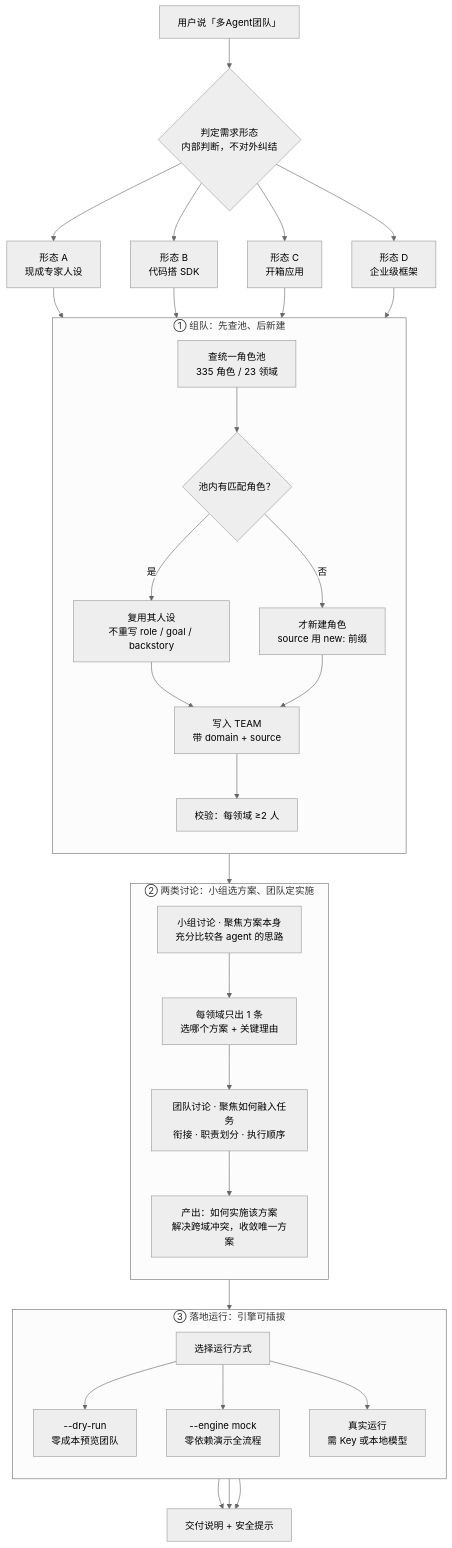
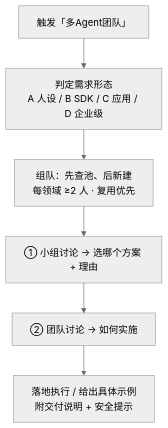
One commit to zhangruilin158/multi-agent-team changed the diagram in README.md. Above: the diagram before and after it, drawn with Mermaid (neutral theme). The commit also changed 1 other file, not shown here.

Commit message:
docs: 流程图精简为 6 步（README + 静态 SVG 同步）

````diff
--- a/README.md
+++ b/README.md
@@ -9,46 +9,8 @@
 ```mermaid
 flowchart TD
-  A["用户说「多Agent团队」"] --> B{"判定需求形态<br/>内部判断，不对外纠结"}
-
-  B --> F1["形态 A<br/>现成专家人设"]
-  B --> F2["形态 B<br/>代码搭 SDK"]
-  B --> F3["形态 C<br/>开箱应用"]
-  B --> F4["形态 D<br/>企业级框架"]
-
-  F1 --> G
-  F2 --> G
-  F3 --> G
-  F4 --> G
-
-  subgraph P1["① 组队：先查池、后新建"]
-    direction TB
-    G["查统一角色池<br/>335 角色 / 23 领域"] --> G1{"池内有匹配角色？"}
-    G1 -- 是 --> G2["复用其人设<br/>不重写 role / goal / backstory"]
-    G1 -- 否 --> G3["才新建角色<br/>source 用 new: 前缀"]
-    G2 --> G4["写入 TEAM<br/>带 domain + source"]
-    G3 --> G4
-    G4 --> G5["校验：每领域 ≥2 人"]
-  end
-
-  G5 --> D
-
-  subgraph P2["② 两类讨论：小组选方案、团队定实施"]
-    direction TB
-    D["小组讨论 · 聚焦方案本身<br/>充分比较各 agent 的思路"] --> D1["每领域只出 1 条<br/>选哪个方案 + 关键理由"]
-    D1 --> D2["团队讨论 · 聚焦如何融入任务<br/>衔接 · 职责划分 · 执行顺序"]
-    D2 --> D3["产出：如何实施该方案<br/>解决跨域冲突，收敛唯一方案"]
-  end
-
-  D3 --> E
-
-  subgraph P3["③ 落地运行：引擎可插拔"]
-    direction TB
-    E["选择运行方式"] --> E1["--dry-run<br/>零成本预览团队"]
-    E --> E2["--engine mock<br/>零依赖演示全流程"]
-    E --> E3["真实运行<br/>需 Key 或本地模型"]
-  end
-
-  E1 --> Z["交付说明 + 安全提示"]
-  E2 --> Z
-  E3 --> Z
+  A["触发「多Agent团队」"] --> B["判定需求形态<br/>A 人设 / B SDK / C 应用 / D 企业级"]
+  B --> C["组队：先查池、后新建<br/>每领域 ≥2 人 · 复用优先"]
+  C --> D["① 小组讨论 → 选哪个方案 + 理由"]
+  D --> E["② 团队讨论 → 如何实施"]
+  E --> F["落地执行 / 给出具体示例<br/>附交付说明 + 安全提示"]
 ```
````
